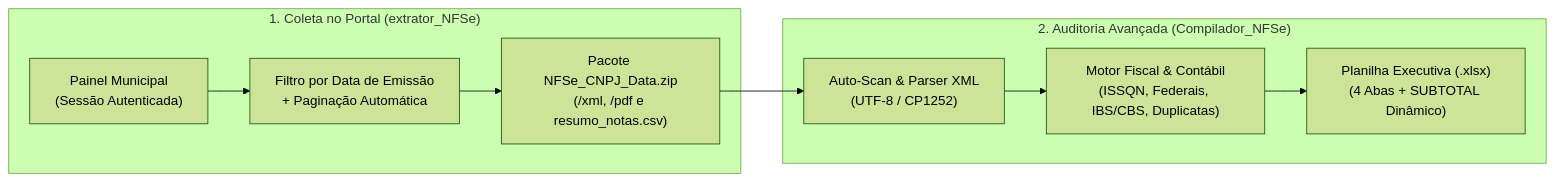
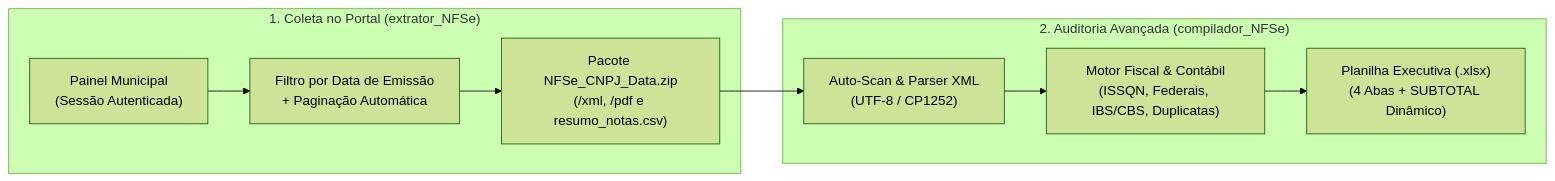
The diagram in README.md (icaro-arch/Suite_NFS-e_Nacional), drawn with Mermaid (forest theme) before and after one commit. The commit also changed other lines of this file and 9 other files, not shown here.

First line of the commit message:
refactor(repo): organiza simetricamente os modulos extrator_NFSe e compilador_NFSe

````diff
--- a/README.md
+++ b/README.md
@@ -21,13 +49,13 @@
 ```mermaid
 flowchart LR
     subgraph Portal["1. Coleta no Portal (extrator_NFSe)"]
         P1["Painel Municipal\n(Sessão Autenticada)"] --> P2["Filtro por Data de Emissão\n+ Paginação Automática"]
         P2 --> P3["Pacote NFSe_CNPJ_Data.zip\n(/xml, /pdf e resumo_notas.csv)"]
     end
 
-    subgraph Compilador["2. Auditoria Avançada (Compilador_NFSe)"]
+    subgraph Compilador["2. Auditoria Avançada (compilador_NFSe)"]
         P3 --> A["Auto-Scan & Parser XML\n(UTF-8 / CP1252)"]
         A --> C["Motor Fiscal & Contábil\n(ISSQN, Federais, IBS/CBS, Duplicatas)"]
         C --> D["Planilha Executiva (.xlsx)\n(4 Abas + SUBTOTAL Dinâmico)"]
     end
 ```
````
